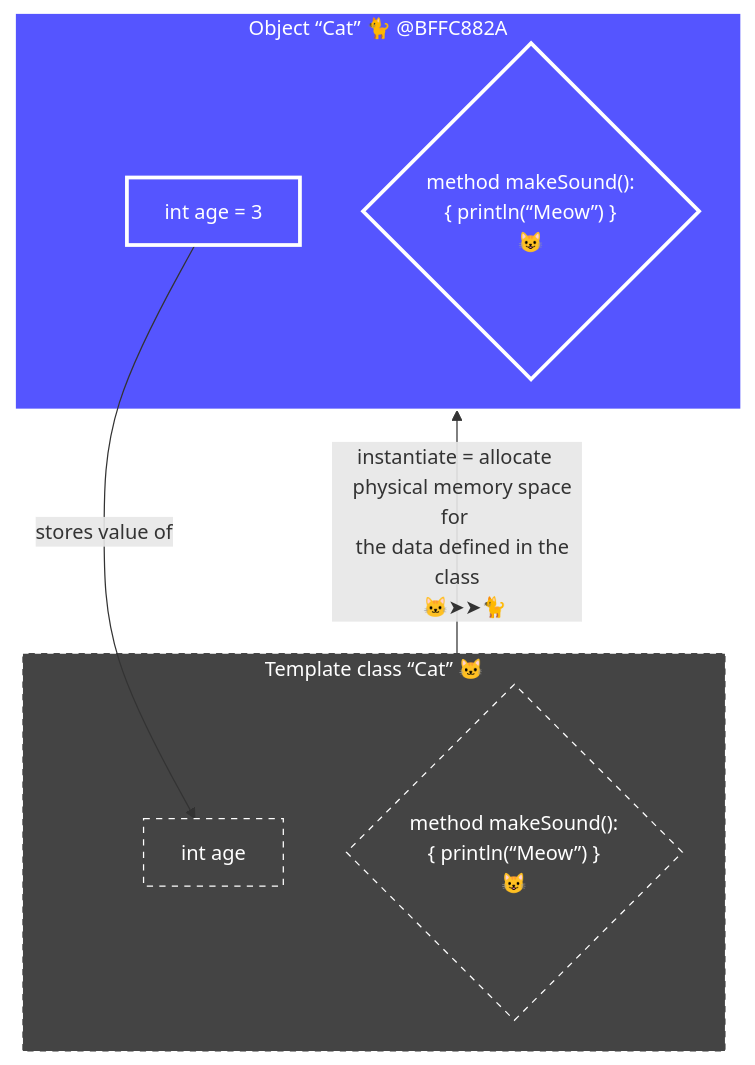
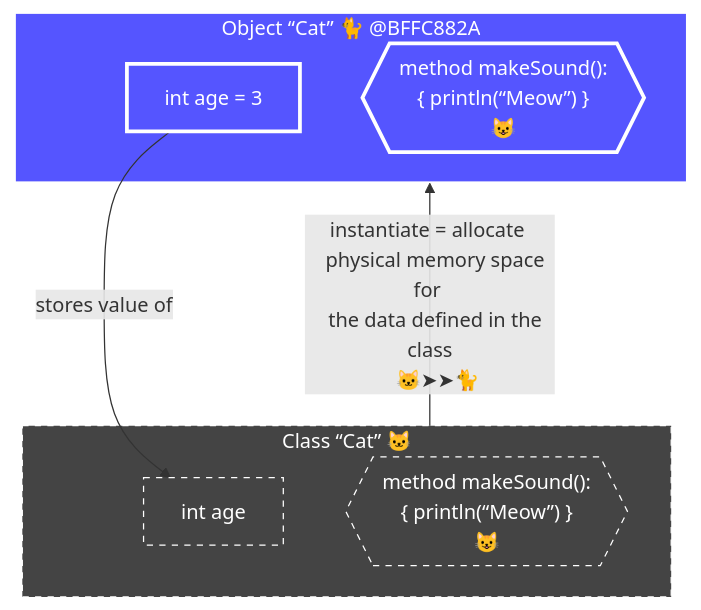
One commit to realityexpander/How_to_program_from_ground_up changed the first of 6 diagrams in 09-ClassOrientedProgramming.md. Above: the diagram before and after it, drawn with Mermaid. The commit also changed other lines of this file, not shown here.

````diff
--- a/09-ClassOrientedProgramming.md
+++ b/09-ClassOrientedProgramming.md
@@ -64,33 +64,33 @@
       ```mermaid
          flowchart TB
          
          subgraph catObject["Object “Cat” 🐈 @BFFC882A"]
               catObjectAgeInt["int age = 3"] 
-              catObjectMakeSoundMethodFunctionPointer{"method makeSound(): 
+              catObjectMakeSoundMethodFunctionPointer{{"method makeSound(): 
                                                        { println(“Meow”) }
-                                                       😺"}
+                                                       😺"}}
          end
-         subgraph catClass["Template class “Cat” 🐱"]
+         subgraph catClass["Class “Cat” 🐱"]
             catClassAgeInt["int age"]
-            catClassMakeSoundMethodFunctionPointer{"method makeSound():
+            catClassMakeSoundMethodFunctionPointer{{"method makeSound():
                                                     { println(“Meow”) }
-                                                    😺"}
+                                                    😺"}}
          end
          catClass -- "
             instantiate = allocate 
             physical memory space for 
             the data defined in the class
             🐱➤➤🐈
          " --> catObject:::Object
          
          catObjectAgeInt -- stores value of --> catClassAgeInt
          
          style catClass fill:#444, stroke:#FFF, stroke-width:1px, color:#FFF, stroke-dasharray: 5 5
          style catClassAgeInt fill:#444, stroke:#FFF, stroke-width:1px, color:#FFF, stroke-dasharray: 5 5
          style catClassMakeSoundMethodFunctionPointer fill:#444, stroke:#FFF, stroke-width:1px, color:#FFF, stroke-dasharray: 5 5 
          
          classDef Object fill:#55F, stroke:#FFF, stroke-width:3px, color:#fff
          style catObjectAgeInt fill:#55F, stroke:#FFF, stroke-width:3px, color:#fff
          style catObjectMakeSoundMethodFunctionPointer fill:#55F, stroke:#FFF, stroke-width:3px, color:#fff 
        
       ```
````
